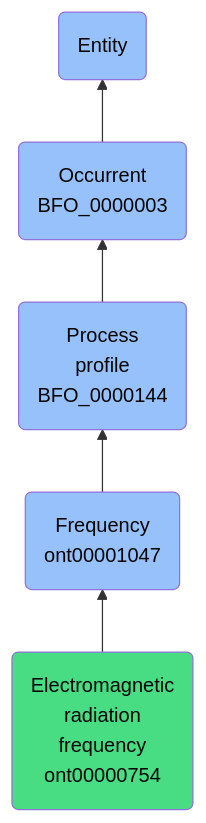
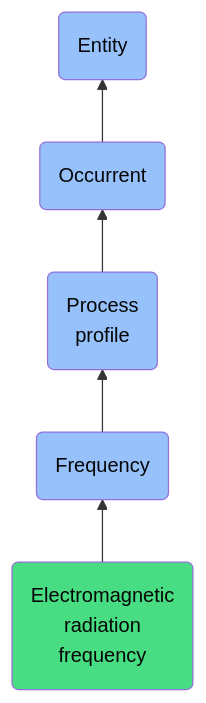
One commit to jupyter-naas/abi changed the diagram in docs/ontology/reference/model/Entity/Occurrent/Process profile/Frequency/Electromagnetic radiation frequency/Electromagnetic radiation frequency.md. Above: the diagram before and after it, drawn with Mermaid. The commit also changed other lines of this file and 1430 other files, not shown here.

````diff
--- a/docs/ontology/reference/model/Entity/Occurrent/Process profile/Frequency/Electromagnetic radiation frequency/Electromagnetic radiation frequency.md
+++ b/docs/ontology/reference/model/Entity/Occurrent/Process profile/Frequency/Electromagnetic radiation frequency/Electromagnetic radiation frequency.md
@@ -24,12 +24,12 @@
 ```mermaid
 graph BT
-    ont00000754(Electromagnetic<br>radiation<br>frequency<br>ont00000754):::ABI-->ont00001047
-    ont00001047(Frequency<br>ont00001047):::BFO-->BFO_0000144
-    BFO_0000144(Process<br>profile<br>BFO_0000144):::BFO-->BFO_0000003
-    BFO_0000003(Occurrent<br>BFO_0000003):::BFO-->BFO_0000001
+    ont00000754(Electromagnetic<br>radiation<br>frequency):::ABI-->ont00001047
+    ont00001047(Frequency):::BFO-->BFO_0000144
+    BFO_0000144(Process<br>profile):::BFO-->BFO_0000003
+    BFO_0000003(Occurrent):::BFO-->BFO_0000001
     BFO_0000001(Entity):::BFO
     
     classDef BFO fill:#97c1fb,color:#060606
     classDef CCO fill:#e4c51e,color:#060606
     classDef ABI fill:#48DD82,color:#060606
 ```
````
